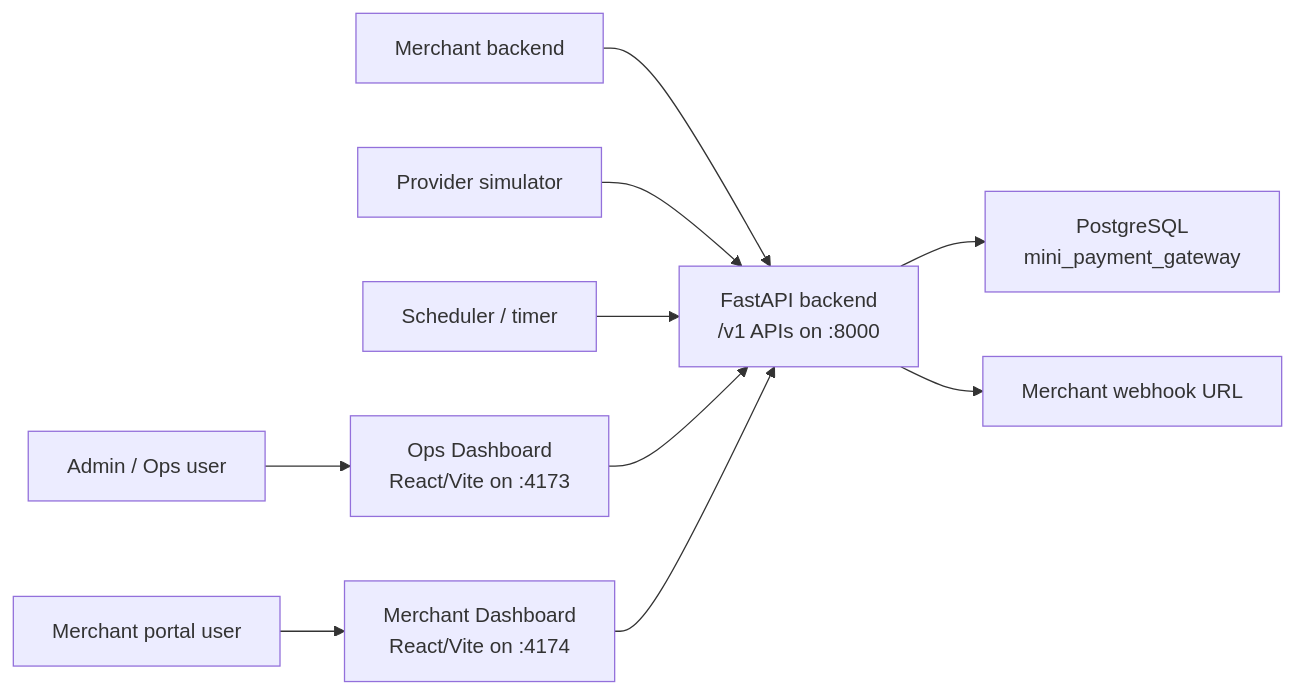
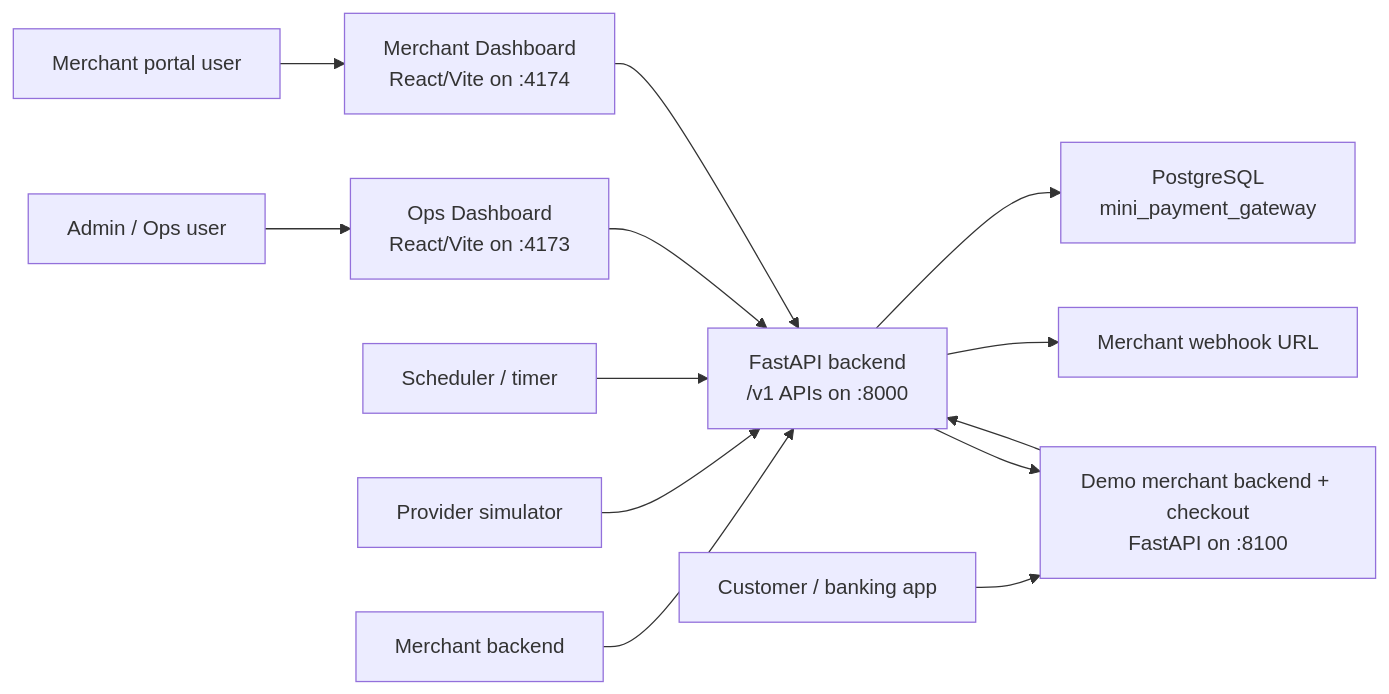
One commit to biabeogo147/mini-payment-gateway changed the first of 6 diagrams in docs/architecture/system.md. Above: the diagram before and after it, drawn with Mermaid. The commit also changed other lines of this file and 38 other files, not shown here.

````diff
--- a/docs/architecture/system.md
+++ b/docs/architecture/system.md
@@ -9,24 +9,29 @@
 ```mermaid
 flowchart LR
     admin["Admin / Ops user"]
     merchant_user["Merchant portal user"]
     merchant_backend["Merchant backend"]
+    demo_merchant["Demo merchant backend + checkout\nFastAPI on :8100"]
+    customer["Customer / banking app"]
     provider["Provider simulator"]
     scheduler["Scheduler / timer"]
 
     ops_ui["Ops Dashboard\nReact/Vite on :4173"]
     merchant_ui["Merchant Dashboard\nReact/Vite on :4174"]
     api["FastAPI backend\n/v1 APIs on :8000"]
     db["PostgreSQL\nmini_payment_gateway"]
     merchant_webhook["Merchant webhook URL"]
 
     admin --> ops_ui
     merchant_user --> merchant_ui
     merchant_backend --> api
+    customer --> demo_merchant
+    demo_merchant --> api
     provider --> api
     scheduler --> api
     ops_ui --> api
     merchant_ui --> api
     api --> db
     api --> merchant_webhook
+    api --> demo_merchant
 ```
````
